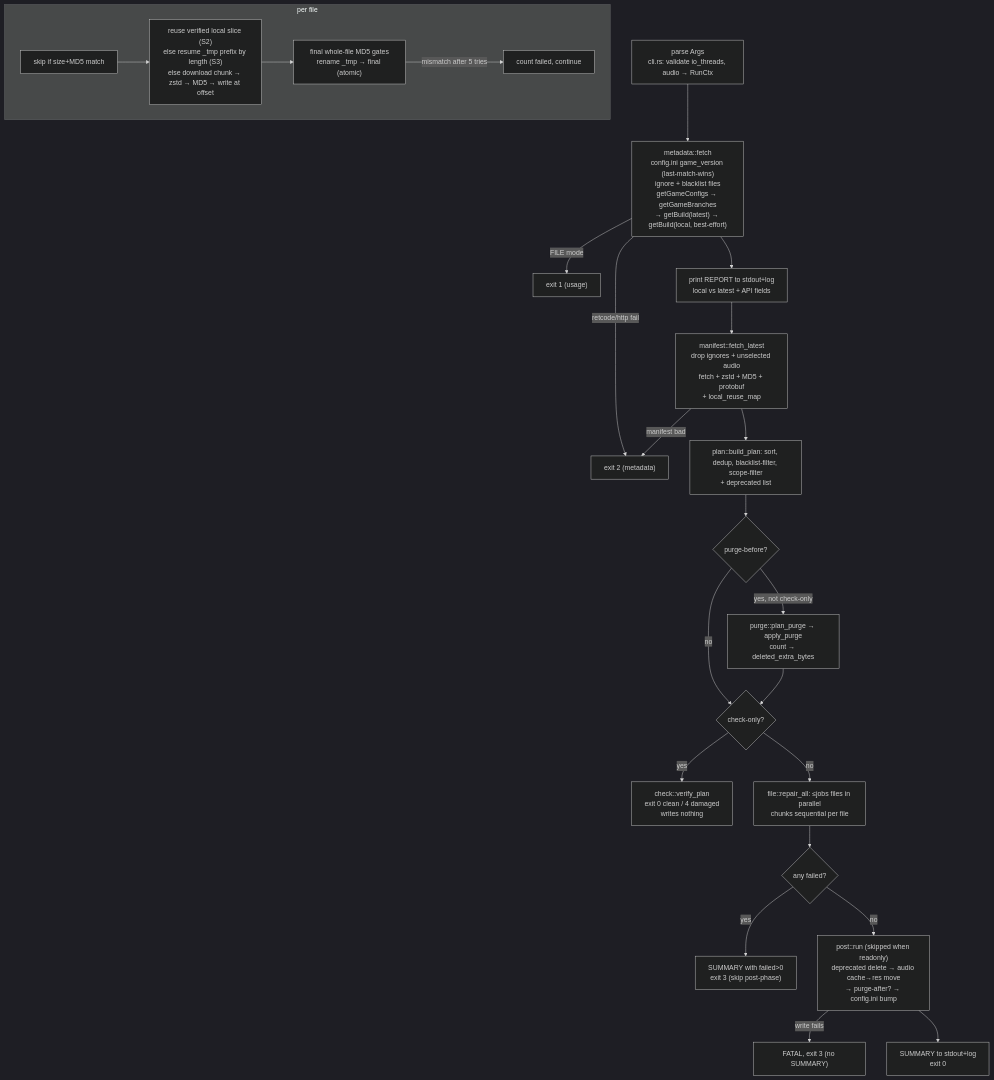
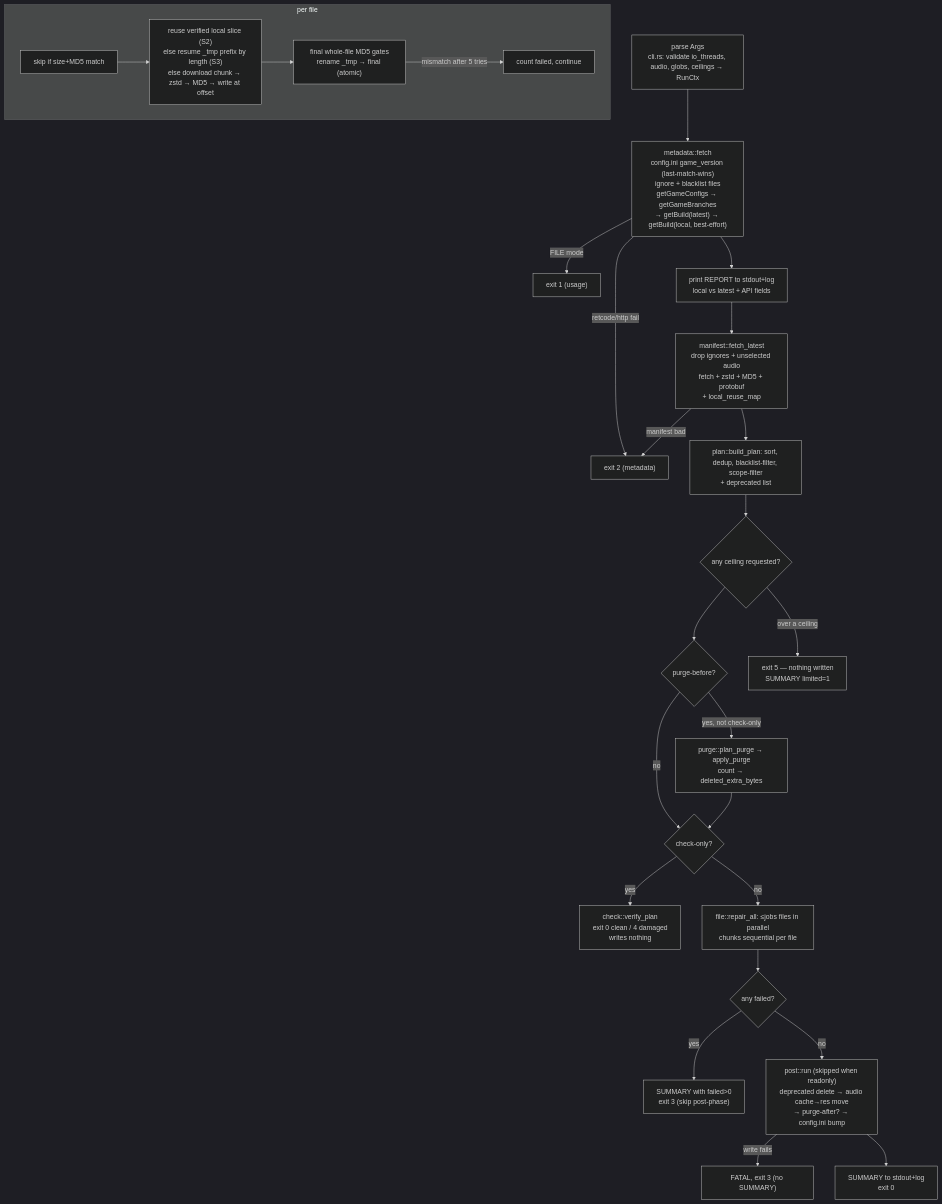
Before and after one commit to bhbghghbgb/girpr: the diagram in README.md, drawn with Mermaid (dark theme). The commit also changed other lines of this file and 10 other files, not shown here.

````diff
--- a/README.md
+++ b/README.md
@@ -58,26 +59,28 @@
 ```mermaid
 flowchart TD
-    A["parse Args<br/>cli.rs: validate io_threads, audio → RunCtx"] --> B["metadata::fetch<br/>config.ini game_version (last-match-wins)<br/>ignore + blacklist files<br/>getGameConfigs → getGameBranches<br/>→ getBuild(latest) → getBuild(local, best-effort)"]
+    A["parse Args<br/>cli.rs: validate io_threads, audio, globs, ceilings → RunCtx"] --> B["metadata::fetch<br/>config.ini game_version (last-match-wins)<br/>ignore + blacklist files<br/>getGameConfigs → getGameBranches<br/>→ getBuild(latest) → getBuild(local, best-effort)"]
     B -->|FILE mode| X1["exit 1 (usage)"]
     B -->|retcode/http fail| X2["exit 2 (metadata)"]
     B --> C["print REPORT to stdout+log<br/>local vs latest + API fields"]
     C --> D["manifest::fetch_latest<br/>drop ignores + unselected audio<br/>fetch + zstd + MD5 + protobuf<br/>+ local_reuse_map"]
     D -->|manifest bad| X2
     D --> E["plan::build_plan: sort, dedup, blacklist-filter, scope-filter<br/>+ deprecated list"]
-    E --> F{"purge-before?"}
+    E --> E2{"any ceiling requested?"}
+    E2 --> F{"purge-before?"}
+    E2 -->|over a ceiling| X4["exit 5 — nothing written<br/>SUMMARY limited=1"]
     F -->|yes, not check-only| G["purge::plan_purge → apply_purge<br/>count → deleted_extra_bytes"]
     F -->|no| H{"check-only?"}
     G --> H
     H -->|yes| I["check::verify_plan<br/>exit 0 clean / 4 damaged<br/>writes nothing"]
     H -->|no| J["file::repair_all: ≤jobs files in parallel<br/>chunks sequential per file"]
     subgraph perfile ["per file"]
         J1["skip if size+MD5 match"] --> J2["reuse verified local slice (S2)<br/>else resume _tmp prefix by length (S3)<br/>else download chunk → zstd → MD5 → write at offset"]
         J2 --> J3["final whole-file MD5 gates<br/>rename _tmp → final (atomic)"]
         J3 -->|mismatch after 5 tries| J4["count failed, continue"]
     end
     J --> K{"any failed?"}
     K -->|yes| L["SUMMARY with failed>0<br/>exit 3 (skip post-phase)"]
     K -->|no| M["post::run (skipped when readonly)<br/>deprecated delete → audio cache→res move<br/>→ purge-after? → config.ini bump"]
     M -->|write fails| X3["FATAL, exit 3 (no SUMMARY)"]
     M --> N["SUMMARY to stdout+log<br/>exit 0"]
 ```
````
